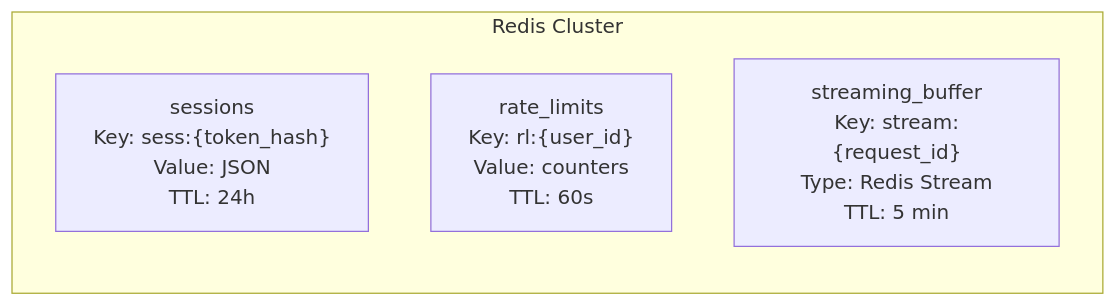
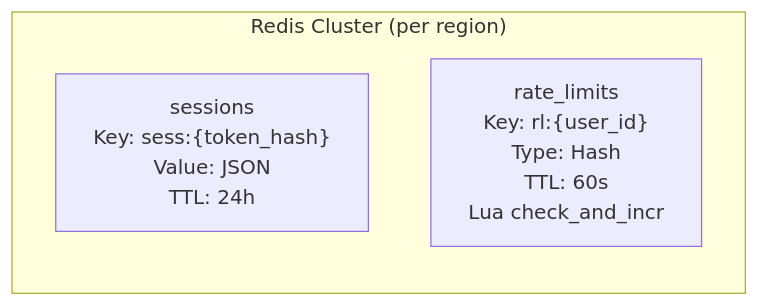
The sixth of 8 diagrams in README.md (yaksase/highload_hse), drawn with Mermaid before and after one commit. The commit also changed other lines of this file and 35 other files, not shown here.

````diff
--- a/README.md
+++ b/README.md
@@ -1218,8 +1587,7 @@
 ```mermaid
 graph LR
-    subgraph Redis["Redis Cluster"]
+    subgraph Redis["Redis Cluster (per region)"]
         S["sessions<br/>Key: sess:{token_hash}<br/>Value: JSON<br/>TTL: 24h"]
-        R["rate_limits<br/>Key: rl:{user_id}<br/>Value: counters<br/>TTL: 60s"]
-        B["streaming_buffer<br/>Key: stream:{request_id}<br/>Type: Redis Stream<br/>TTL: 5 min"]
+        R["rate_limits<br/>Key: rl:{user_id}<br/>Type: Hash<br/>TTL: 60s<br/>Lua check_and_incr"]
     end
 ```
````
